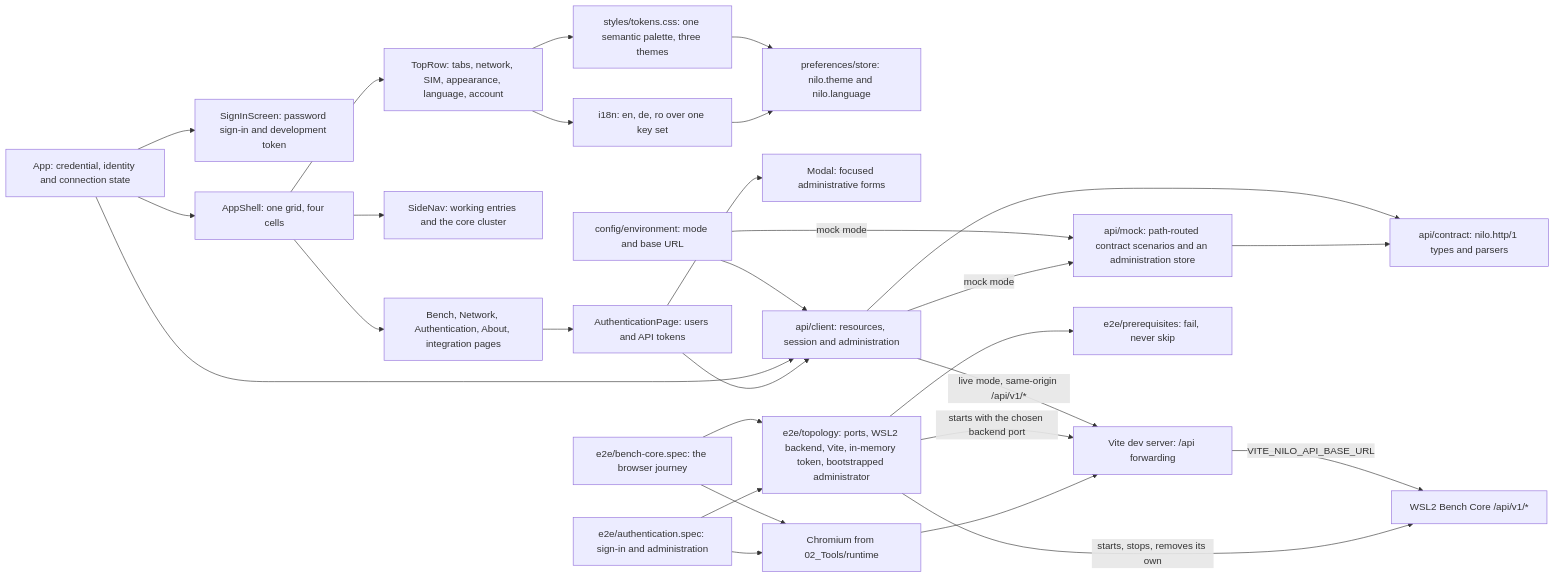
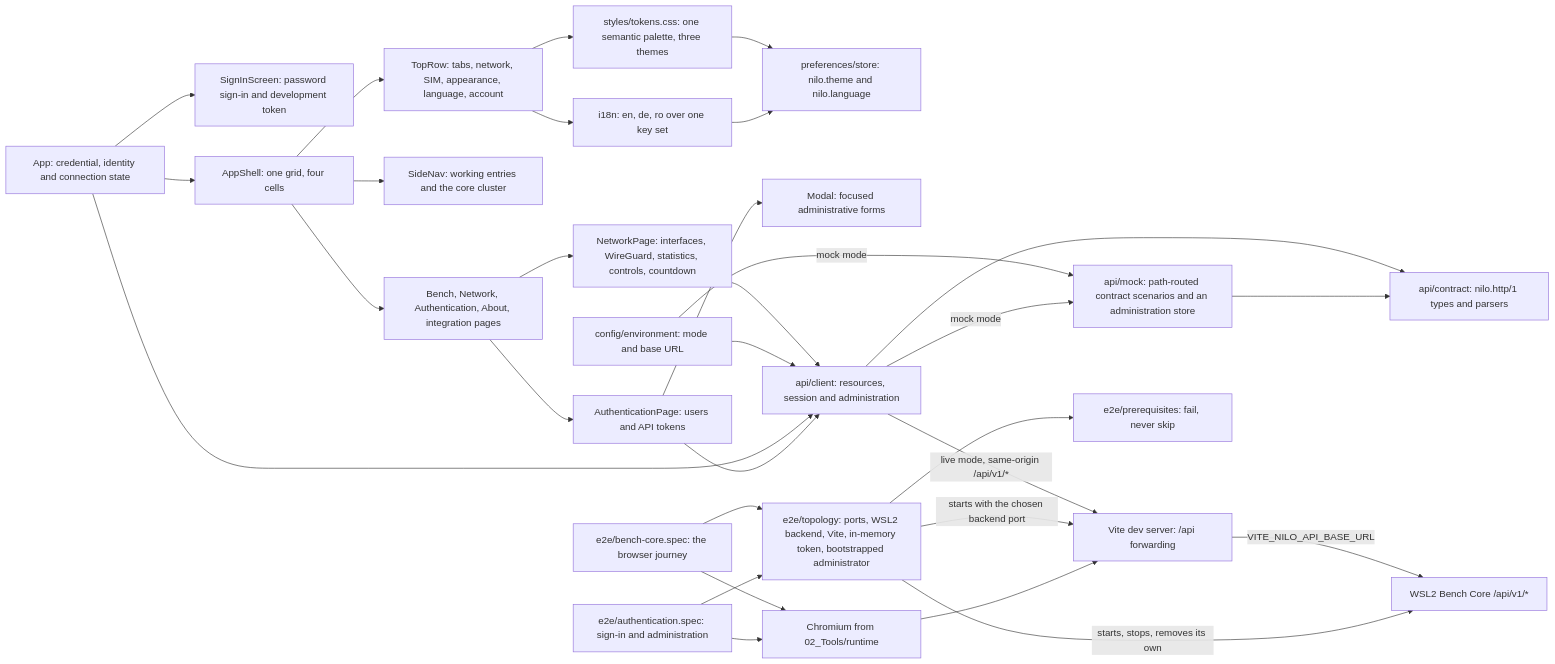
The diagram in .agentic/knowledge/gui-foundation.md (DDP-Engineering/2026_Networked_Intelligent_Lab_Orchestrator), drawn with Mermaid before and after one commit. The commit also changed other lines of this file and 315 other files, not shown here.

````diff
--- a/.agentic/knowledge/gui-foundation.md
+++ b/.agentic/knowledge/gui-foundation.md
@@ -170,53 +180,56 @@
 ```mermaid
 flowchart LR
     app["App: credential, identity and connection state"]
     signin["SignInScreen: password sign-in and development token"]
     shell["AppShell: one grid, four cells"]
     toprow["TopRow: tabs, network, SIM, appearance, language, account"]
     sidenav["SideNav: working entries and the core cluster"]
     pages["Bench, Network, Authentication, About, integration pages"]
     tokens["styles/tokens.css: one semantic palette, three themes"]
     catalogue["i18n: en, de, ro over one key set"]
     prefs["preferences/store: nilo.theme and nilo.language"]
     admin["AuthenticationPage: users and API tokens"]
+    netpage["NetworkPage: interfaces, WireGuard, statistics, controls, countdown"]
     modal["Modal: focused administrative forms"]
     env["config/environment: mode and base URL"]
     client["api/client: resources, session and administration"]
     contract["api/contract: nilo.http/1 types and parsers"]
     mock["api/mock: path-routed contract scenarios and an administration store"]
     proxy["Vite dev server: /api forwarding"]
     backend["WSL2 Bench Core /api/v1/*"]
     app --> signin
     app --> shell
     shell --> toprow
     shell --> sidenav
     shell --> pages
     pages --> admin
+    pages --> netpage
+    netpage --> client
     admin --> modal
     toprow --> tokens
     toprow --> catalogue
     tokens --> prefs
     catalogue --> prefs
     env --> client
     env -- "mock mode" --> mock
     client --> contract
     mock --> contract
     app --> client
     admin --> client
     client -- "live mode, same-origin /api/v1/*" --> proxy
     proxy -- "VITE_NILO_API_BASE_URL" --> backend
     client -- "mock mode" --> mock
     harness["e2e/topology: ports, WSL2 backend, Vite, in-memory token, bootstrapped administrator"]
     prereq["e2e/prerequisites: fail, never skip"]
     spec["e2e/bench-core.spec: the browser journey"]
     adminspec["e2e/authentication.spec: sign-in and administration"]
     browser["Chromium from 02_Tools/runtime"]
     harness --> prereq
     harness -- "starts, stops, removes its own" --> backend
     harness -- "starts with the chosen backend port" --> proxy
     spec --> harness
     adminspec --> harness
     spec --> browser
     adminspec --> browser
     browser --> proxy
 ```
````
